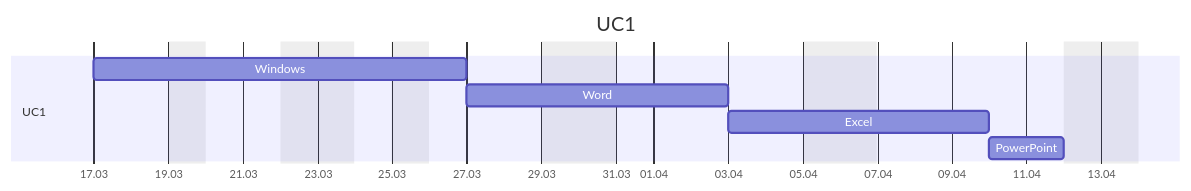
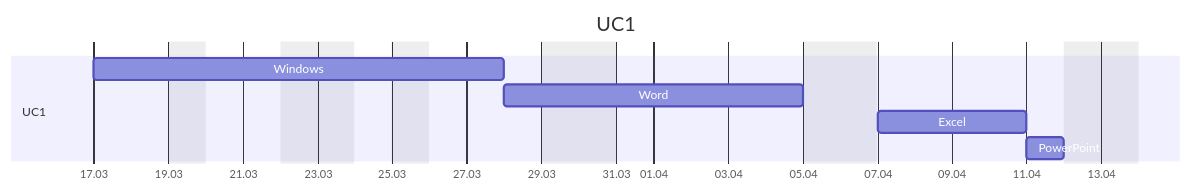
One commit to jocile/digitalgarden changed the diagram in src/site/notes/Assistente-de-TI.md. Above: the diagram before and after it, drawn with Mermaid. The commit also changed other lines of this file, not shown here.

````diff
--- a/src/site/notes/Assistente-de-TI.md
+++ b/src/site/notes/Assistente-de-TI.md
@@ -38,12 +38,12 @@
 ```mermaid
 gantt
      title UC1
      excludes Sat - Sun weekends, 19:03, 25:03
      dateFormat DD:MM
      axisFormat %d.%m
      section UC1
-         Windows :a1, 17:03, 6d
-         Word :a2,after a1, 5d
-         Excel :a3, after a2, 5d
-         PowerPoint :a4, after a3, 2d
+         Windows :a1, 17:03, 7d
+         Word :a2,after a1, 6d
+         Excel :a3, after a2, 4d
+         PowerPoint :a4, after a3, 1d
 ```
````
